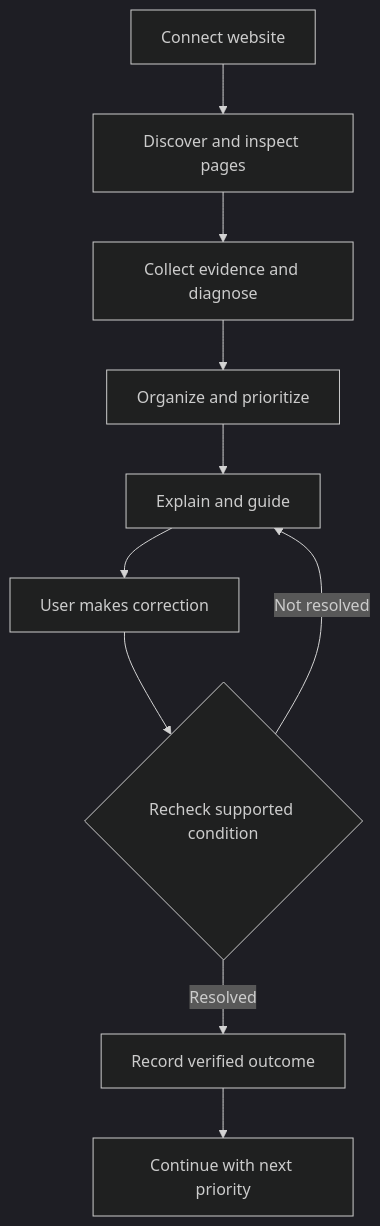
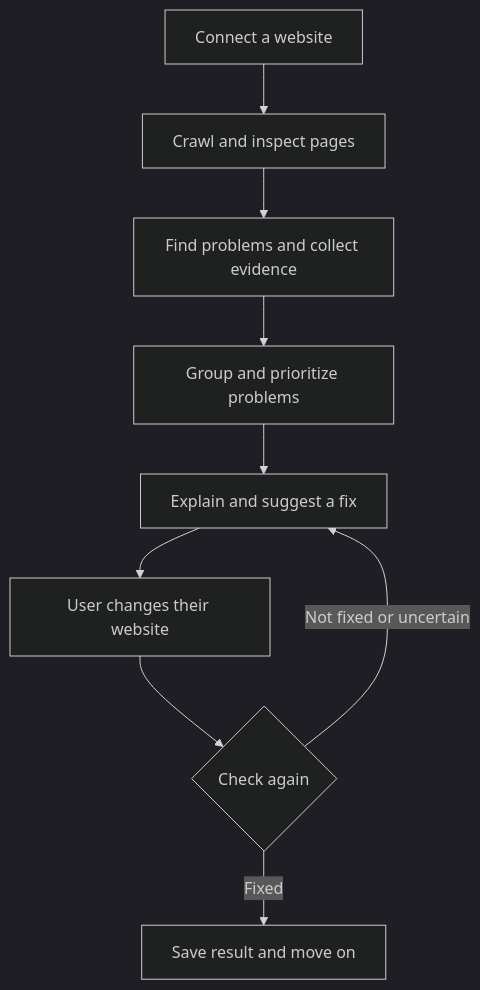
Before and after one commit to aravind9154/COPLIT-Portfolio: the first of 2 diagrams in README.md, drawn with Mermaid (dark theme). The commit also changed other lines of this file, not shown here.

````diff
--- a/README.md
+++ b/README.md
@@ -26,12 +11,11 @@
 ```mermaid
 flowchart TD
- A[Connect website] --> B[Discover and inspect pages]
- B --> C[Collect evidence and diagnose]
- C --> D[Organize and prioritize]
- D --> E[Explain and guide]
- E --> F[User makes correction]
- F --> G{Recheck supported condition}
- G -->|Resolved| H[Record verified outcome]
- G -->|Not resolved| E
- H --> I[Continue with next priority]
+ A[Connect a website] --> B[Crawl and inspect pages]
+ B --> C[Find problems and collect evidence]
+ C --> D[Group and prioritize problems]
+ D --> E[Explain and suggest a fix]
+ E --> F[User changes their website]
+ F --> G{Check again}
+ G -->|Fixed| H[Save result and move on]
+ G -->|Not fixed or uncertain| E
 ```
````
